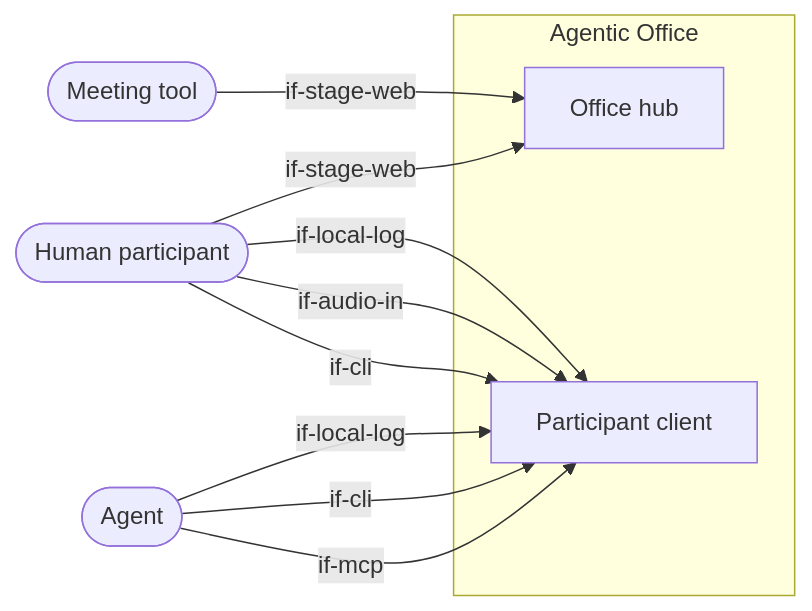
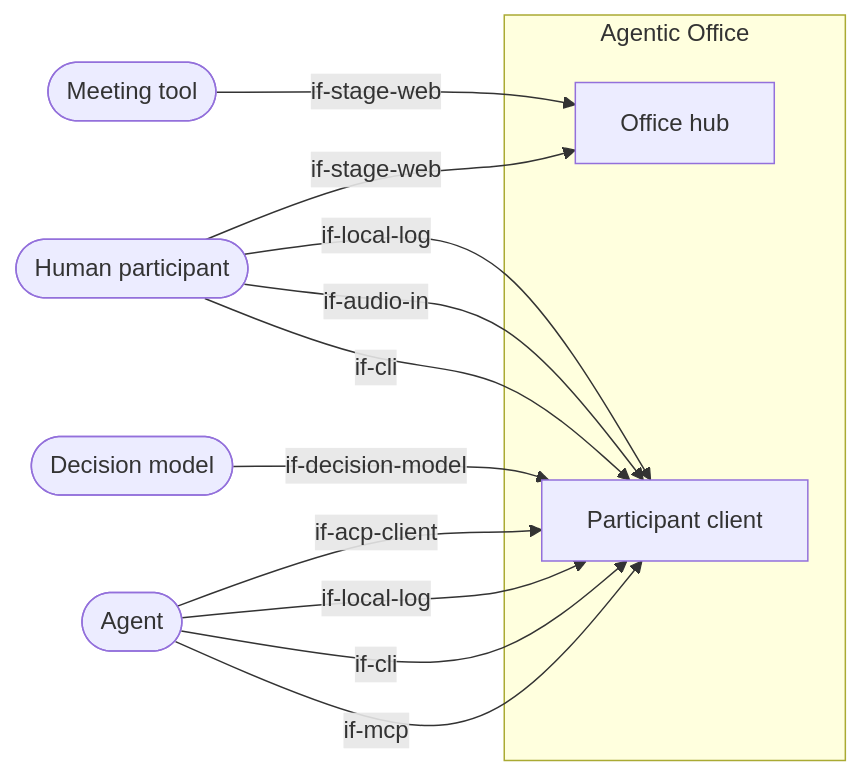
One commit to mrsimpson/agentic-office changed the diagram in docs/architecture/03-system-context.arc42.md. Above: the diagram before and after it, drawn with Mermaid. The commit also changed other lines of this file and 15 other files, not shown here.

First line of the commit message:
Architecture of the agent runner; the rule on AI binds the hub only (#79)

````diff
--- a/docs/architecture/03-system-context.arc42.md
+++ b/docs/architecture/03-system-context.arc42.md
@@ -19,18 +19,21 @@
 ```mermaid
 flowchart LR
     actor_agent([Agent])
+    actor_decision_model([Decision model])
     actor_human([Human participant])
     actor_meeting_tool([Meeting tool])
     subgraph office [Agentic Office]
         bb_office_hub[Office hub]
         bb_participant_client[Participant client]
     end
     actor_agent -->|if-mcp| bb_participant_client
     actor_agent -->|if-cli| bb_participant_client
     actor_agent -->|if-local-log| bb_participant_client
+    actor_agent -->|if-acp-client| bb_participant_client
+    actor_decision_model -->|if-decision-model| bb_participant_client
     actor_human -->|if-cli| bb_participant_client
     actor_human -->|if-audio-in| bb_participant_client
     actor_human -->|if-local-log| bb_participant_client
     actor_human -->|if-stage-web| bb_office_hub
     actor_meeting_tool -->|if-stage-web| bb_office_hub
 ```
````
